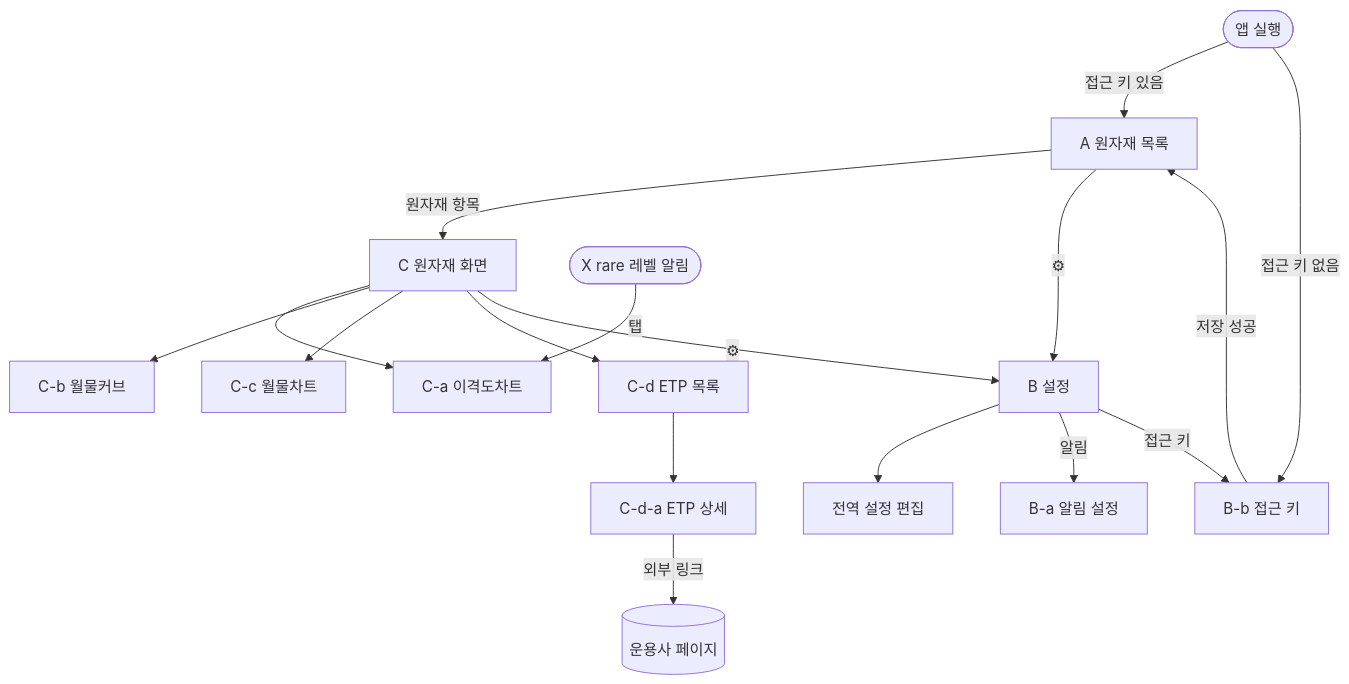
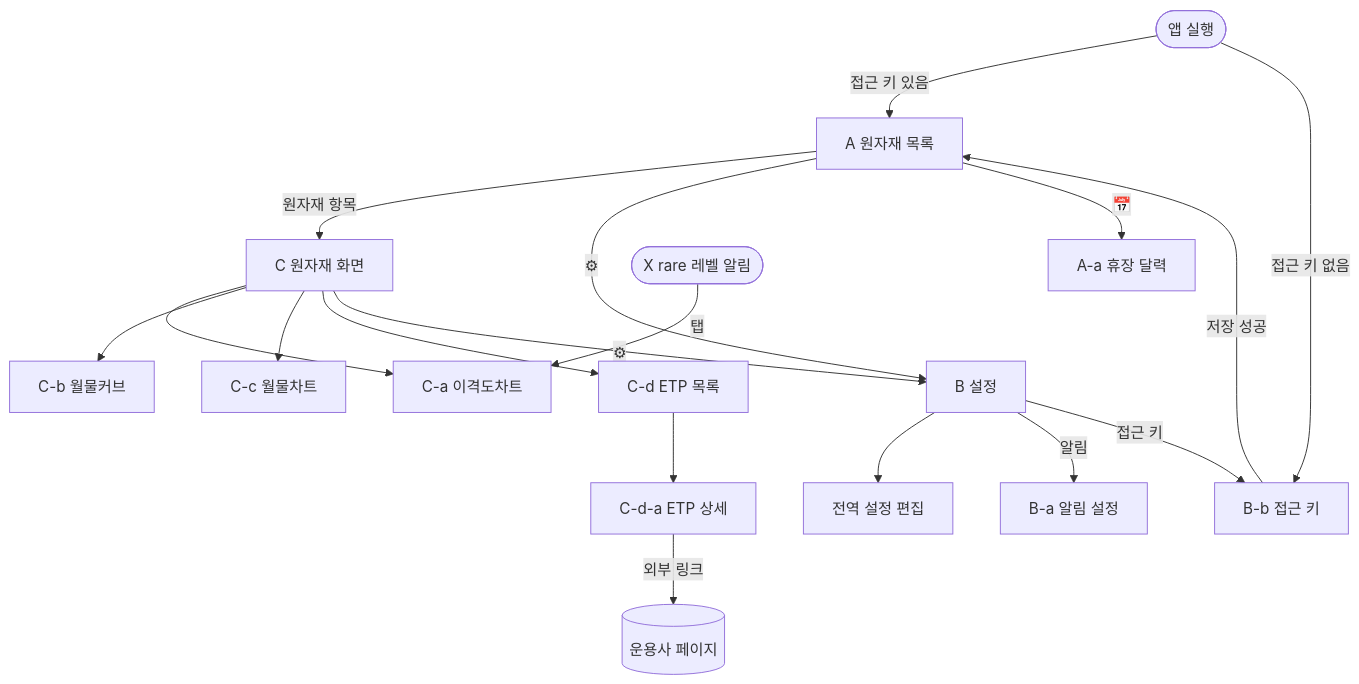
The diagram in docs/product.md (seyoun10/futureETP), drawn with Mermaid before and after one commit. The commit also changed other lines of this file and 9 other files, not shown here.

````diff
--- a/docs/product.md
+++ b/docs/product.md
@@ -295,19 +296,20 @@
 ```mermaid
 flowchart TD
     Start([앱 실행]) -->|접근 키 있음| A[A 원자재 목록]
     Start -->|접근 키 없음| Bb[B-b 접근 키]
     Bb -->|저장 성공| A
     A -->|원자재 항목| C[C 원자재 화면]
     C --> Ca[C-a 이격도차트]
     C --> Cb[C-b 월물커브]
     C --> Cc[C-c 월물차트]
     C --> Cd[C-d ETP 목록]
     Cd --> Cda[C-d-a ETP 상세]
     Cda -->|외부 링크| Issuer[(운용사 페이지)]
     A -->|⚙| B[B 설정]
+    A -->|📅| Aa[A-a 휴장 달력]
     C -->|⚙| B
     B --> EditSettings[전역 설정 편집]
     B -->|알림| Ba[B-a 알림 설정]
     B -->|접근 키| Bb
     X([X rare 레벨 알림]) -->|탭| Ca
 ```
````
